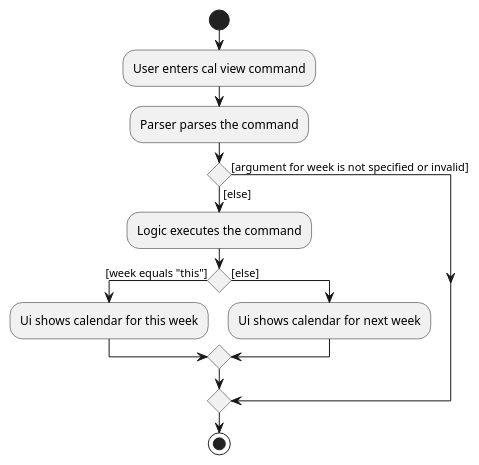
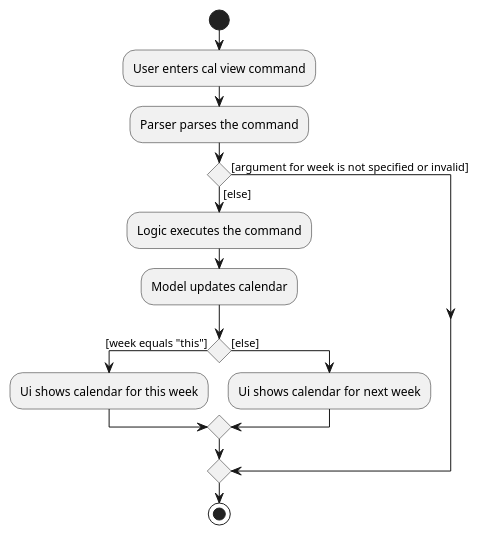
The diagram in docs/diagrams/CalViewActivityDiagram.puml (zixinn/main), drawn with PlantUML before and after one commit. The commit also changed 7 other files, not shown here.

Commit message:
diagrams for cal commands

```diff
--- a/docs/diagrams/CalViewActivityDiagram.puml
+++ b/docs/diagrams/CalViewActivityDiagram.puml
@@ -1,18 +1,19 @@
 @startuml
 start
 :User enters cal view command;
 :Parser parses the command;
 'Since the beta syntax does not support placing the condition outside the
 'diamond we place it as the true branch instead.
 
 if () then ([else])
     :Logic executes the command;
+    :Model updates calendar;
     if () then ([week equals "this"])
         :Ui shows calendar for this week;
     else ([else])
         :Ui shows calendar for next week;
     endif;
 else ([argument for week is not specified or invalid])
 endif
 stop
 @enduml
```
